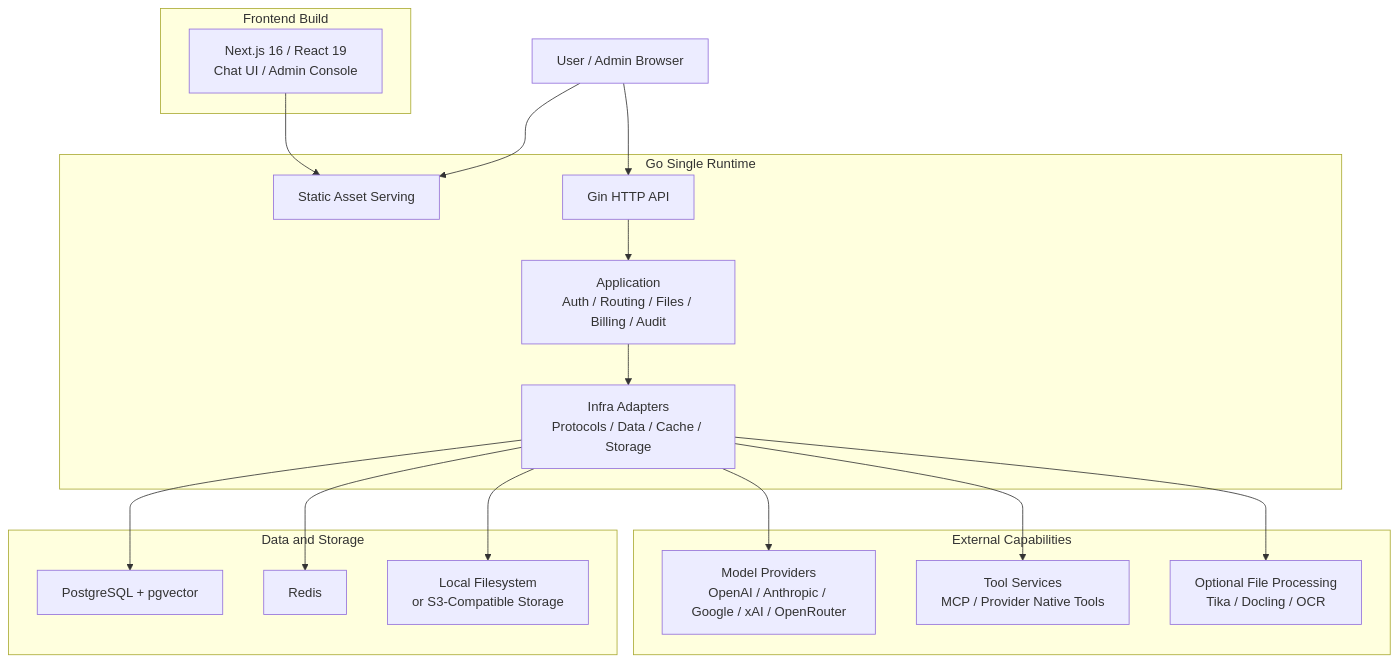
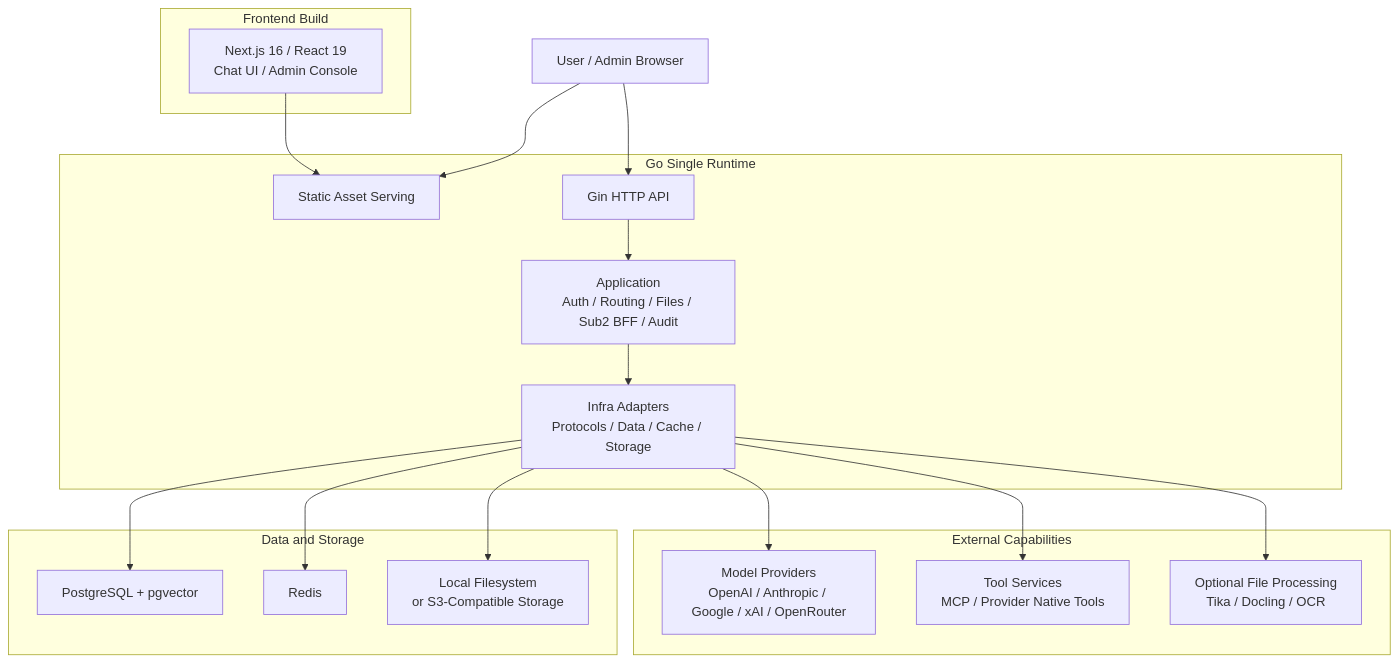
Before and after one commit to jhupo/DEEIX-Chat: the diagram in README.md, drawn with Mermaid. The commit also changed other lines of this file and 335 other files, not shown here.

````diff
--- a/README.md
+++ b/README.md
@@ -65,39 +65,39 @@
 ```mermaid
 flowchart TB
   Browser["User / Admin Browser"]
 
   subgraph Frontend["Frontend Build"]
     Web["Next.js 16 / React 19<br/>Chat UI / Admin Console"]
   end
 
   subgraph Backend["Go Single Runtime"]
     Static["Static Asset Serving"]
     HTTP["Gin HTTP API"]
-    App["Application<br/>Auth / Routing / Files / Billing / Audit"]
+    App["Application<br/>Auth / Routing / Files / Sub2 BFF / Audit"]
     Infra["Infra Adapters<br/>Protocols / Data / Cache / Storage"]
   end
 
   subgraph External["External Capabilities"]
     Providers["Model Providers<br/>OpenAI / Anthropic / Google / xAI / OpenRouter"]
     Tools["Tool Services<br/>MCP / Provider Native Tools"]
     Extractors["Optional File Processing<br/>Tika / Docling / OCR"]
   end
 
   subgraph Data["Data and Storage"]
     DB["PostgreSQL + pgvector"]
     Cache["Redis"]
     Storage["Local Filesystem<br/>or S3-Compatible Storage"]
   end
 
   Web --> Static
   Browser --> Static
   Browser --> HTTP
   HTTP --> App
   App --> Infra
   Infra --> Providers
   Infra --> Tools
   Infra --> Extractors
   Infra --> DB
   Infra --> Cache
   Infra --> Storage
 ```
````
